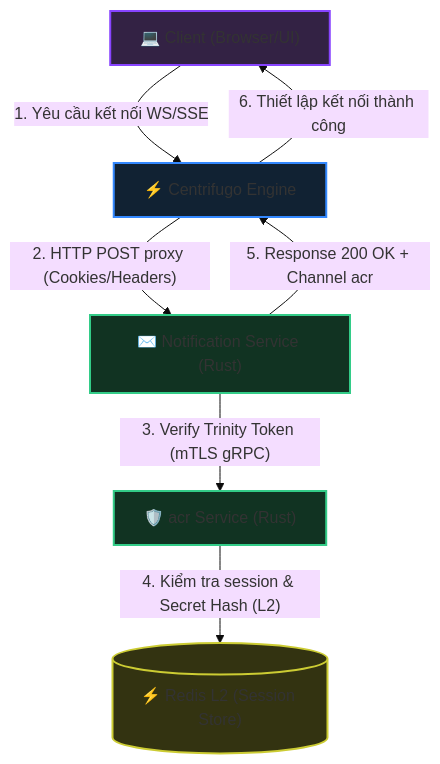
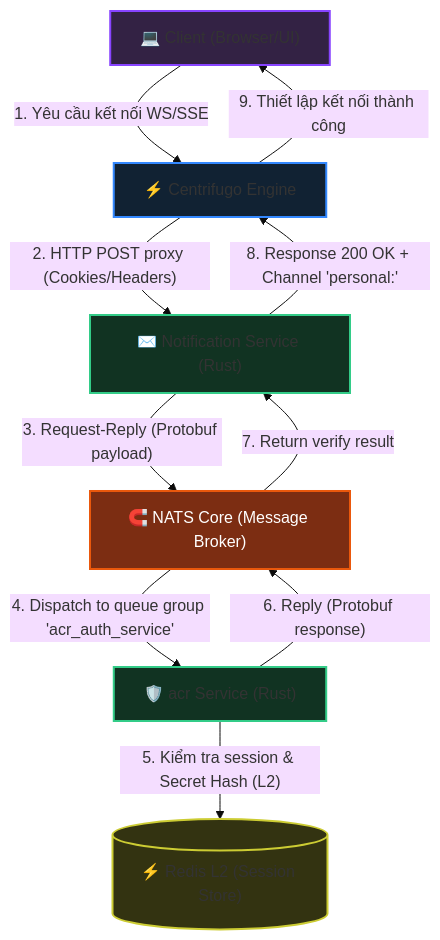
One commit to phucle996/aurora changed the first of 2 diagrams in god_view/notification/centrifugo_auth_god_view_workflow.md. Above: the diagram before and after it, drawn with Mermaid (base theme). The commit also changed other lines of this file and 38 other files, not shown here.

````diff
--- a/god_view/notification/centrifugo_auth_god_view_workflow.md
+++ b/god_view/notification/centrifugo_auth_god_view_workflow.md
@@ -33,20 +33,25 @@
 ```mermaid
 graph TD
     classDef client fill:#332244,stroke:#8844ff,stroke-width:2px;
     classDef gateway fill:#112233,stroke:#3388ff,stroke-width:2px;
     classDef edgeService fill:#113322,stroke:#33cc88,stroke-width:2px;
     classDef storage fill:#333311,stroke:#cccc33,stroke-width:2px;
+    classDef queue fill:#7c2d12,stroke:#ea580c,color:#ffffff,stroke-width:2px;
 
     Client["💻 Client (Browser/UI)"]:::client
     Centrifugo["⚡ Centrifugo Engine"]:::gateway
     Notification["✉️ Notification Service (Rust)"]:::edgeService
+    NATS["🧲 NATS Core (Message Broker)"]:::queue
     acr["🛡️ acr Service (Rust)"]:::edgeService
     Redis[("⚡ Redis L2 (Session Store)")]:::storage
 
     Client -- "1. Yêu cầu kết nối WS/SSE" --> Centrifugo
     Centrifugo -- "2. HTTP POST proxy (Cookies/Headers)" --> Notification
-    Notification -- "3. Verify Trinity Token (mTLS gRPC)" --> acr
-    acr -- "4. Kiểm tra session & Secret Hash (L2)" --> Redis
-    Notification -- "5. Response 200 OK + Channel acr" --> Centrifugo
-    Centrifugo -- "6. Thiết lập kết nối thành công" --> Client
+    Notification -- "3. Request-Reply (Protobuf payload)" --> NATS
+    NATS -- "4. Dispatch to queue group 'acr_auth_service'" --> acr
+    acr -- "5. Kiểm tra session & Secret Hash (L2)" --> Redis
+    acr -- "6. Reply (Protobuf response)" --> NATS
+    NATS -- "7. Return verify result" --> Notification
+    Notification -- "8. Response 200 OK + Channel 'personal:<user_id>'" --> Centrifugo
+    Centrifugo -- "9. Thiết lập kết nối thành công" --> Client
 ```
````
